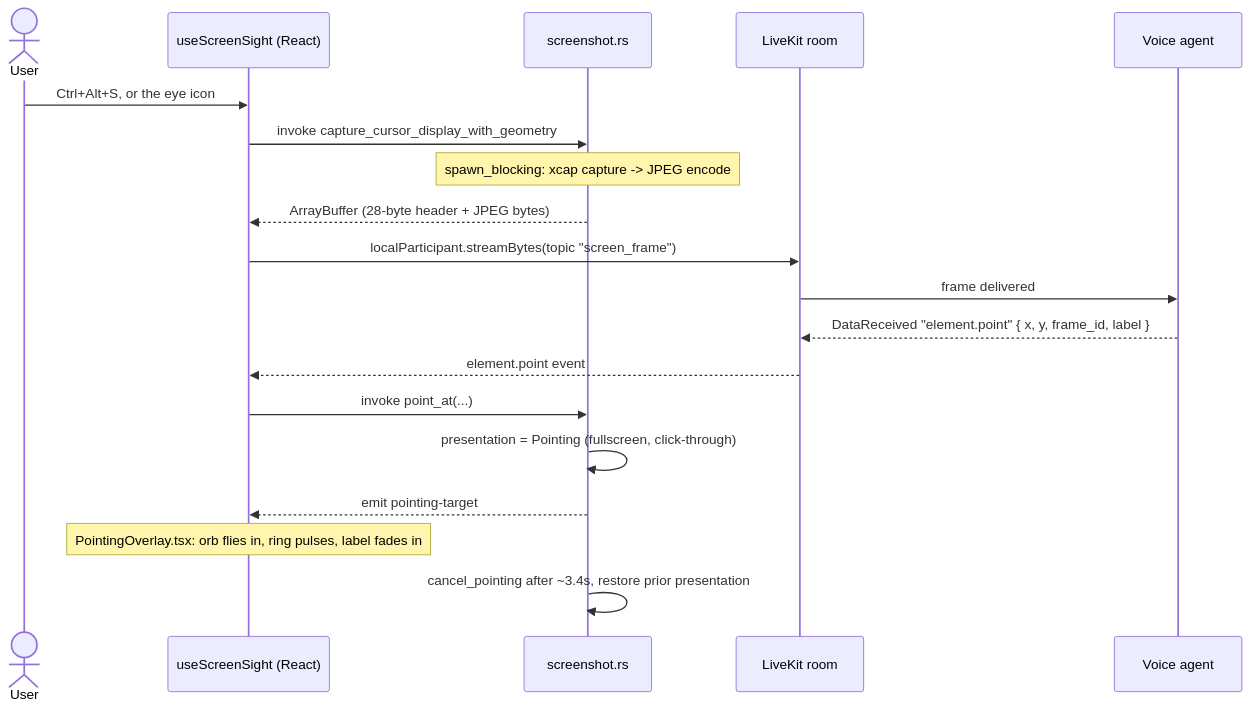
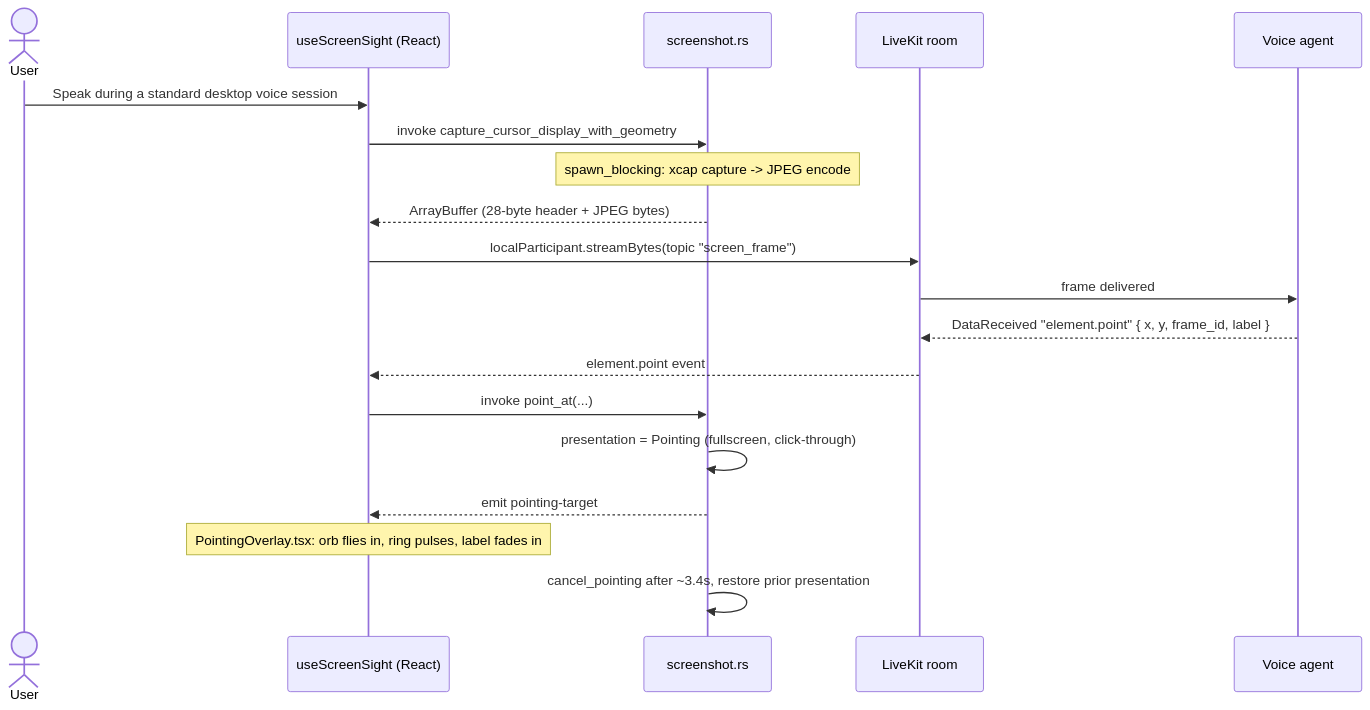
The fourth of 6 diagrams in README.md (AuraVoice/Aura-Desktop), drawn with Mermaid before and after one commit. The commit also changed other lines of this file and 11 other files, not shown here.

````diff
--- a/README.md
+++ b/README.md
@@ -257,22 +257,22 @@
 ```mermaid
 sequenceDiagram
     actor User
     participant JS as useScreenSight (React)
     participant Rust as screenshot.rs
     participant LK as LiveKit room
     participant Agent as Voice agent
 
-    User->>JS: Ctrl+Alt+S, or the eye icon
+    User->>JS: Speak during a standard desktop voice session
     JS->>Rust: invoke capture_cursor_display_with_geometry
     Note over Rust: spawn_blocking: xcap capture -> JPEG encode
     Rust-->>JS: ArrayBuffer (28-byte header + JPEG bytes)
     JS->>LK: localParticipant.streamBytes(topic "screen_frame")
     LK->>Agent: frame delivered
     Agent-->>LK: DataReceived "element.point" { x, y, frame_id, label }
     LK-->>JS: element.point event
     JS->>Rust: invoke point_at(...)
     Rust->>Rust: presentation = Pointing (fullscreen, click-through)
     Rust-->>JS: emit pointing-target
     Note over JS: PointingOverlay.tsx: orb flies in, ring pulses, label fades in
     Rust->>Rust: cancel_pointing after ~3.4s, restore prior presentation
 ```
````
